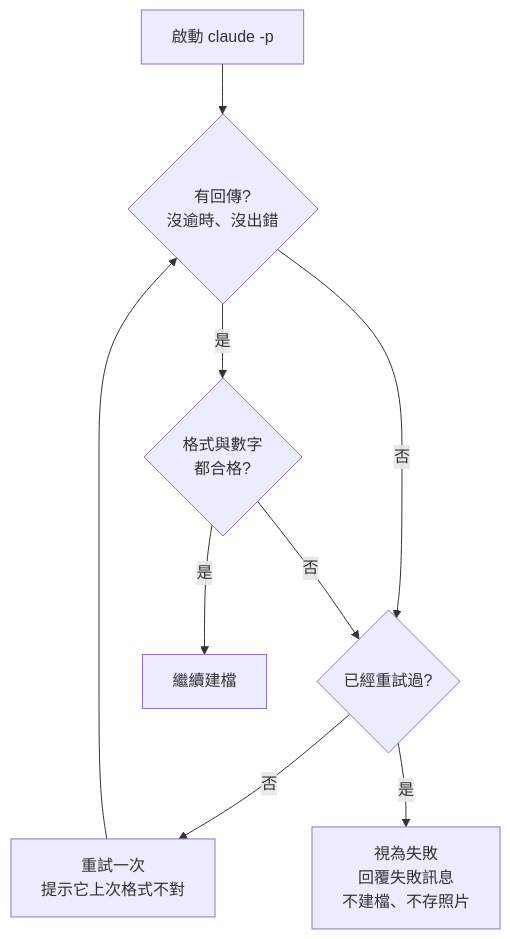
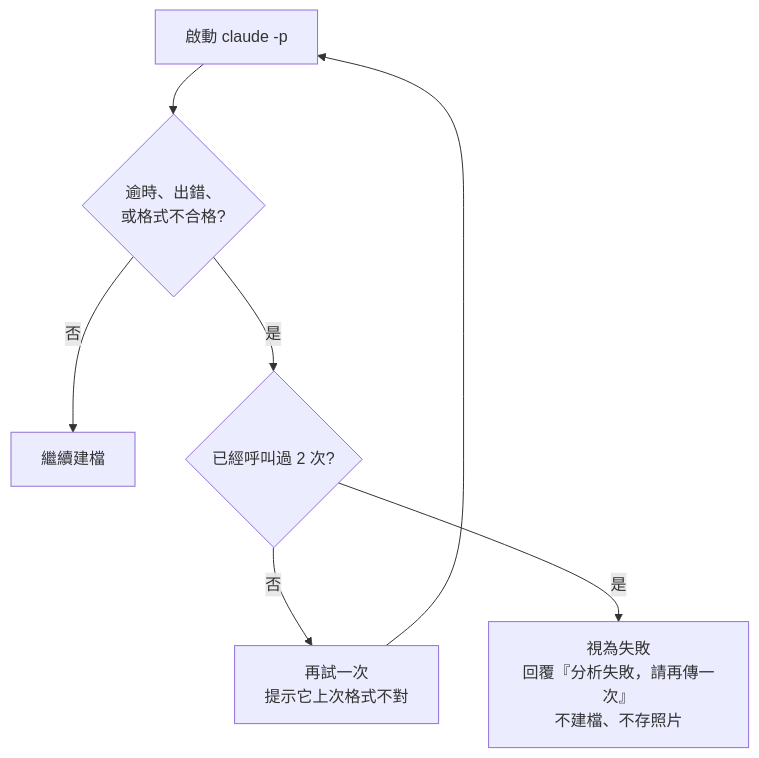
Before and after one commit to 411232007-pixel/foodie: the third of 3 diagrams in docs/architecture.md, drawn with Mermaid. The commit also changed other lines of this file and 32 other files, not shown here.

````diff
--- a/docs/architecture.md
+++ b/docs/architecture.md
@@ -234,11 +241,9 @@
 ```mermaid
 flowchart TD
-    S["啟動 claude -p"] --> R{"有回傳?<br/>沒逾時、沒出錯"}
-    R -- 否 --> RT{"已經重試過?"}
-    R -- 是 --> V{"格式與數字<br/>都合格?"}
-    V -- 是 --> OK["繼續建檔"]
-    V -- 否 --> RT
-    RT -- 否 --> S2["重試一次<br/>提示它上次格式不對"]
-    S2 --> R
-    RT -- 是 --> F["視為失敗<br/>回覆失敗訊息<br/>不建檔、不存照片"]
+    S["啟動 claude -p"] --> R{"逾時、出錯、<br/>或格式不合格?"}
+    R -- 否 --> OK["繼續建檔"]
+    R -- 是 --> RT{"已經呼叫過 2 次?"}
+    RT -- 否 --> S2["再試一次<br/>提示它上次格式不對"]
+    S2 --> S
+    RT -- 是 --> F["視為失敗<br/>回覆『分析失敗，請再傳一次』<br/>不建檔、不存照片"]
 ```
````
